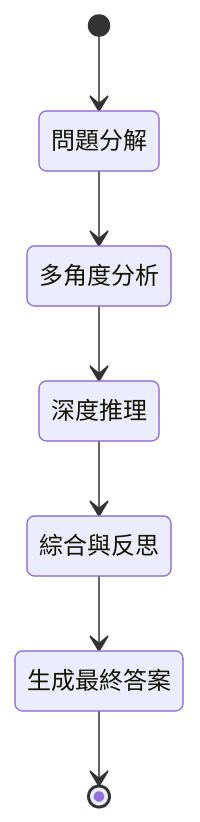
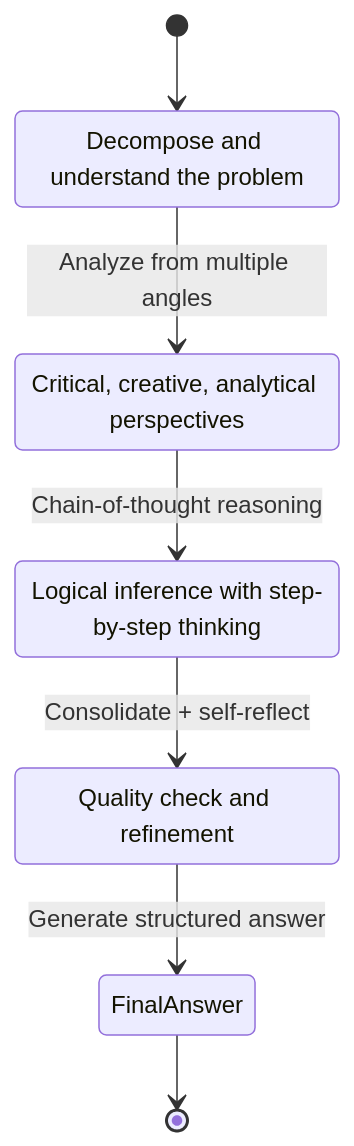
The sixth of 7 diagrams in Architecture_Refactoring_Toolkit/project_docs/11_processing_mode_state_machines.md (Zenobia000/openagent_backend), drawn with Mermaid before and after one commit. The commit also changed other lines of this file and 108 other files, not shown here.

````diff
--- a/Architecture_Refactoring_Toolkit/project_docs/11_processing_mode_state_machines.md
+++ b/Architecture_Refactoring_Toolkit/project_docs/11_processing_mode_state_machines.md
@@ -138,16 +217,18 @@
 ```mermaid
 stateDiagram-v2
     [*] --> ProblemAnalysis
 
-    ProblemAnalysis: 問題分解
-    MultiPerspective: 多角度分析
-    DeepReasoning: 深度推理
-    SynthesisAndReflection: 綜合與反思
-    FinalAnswer: 生成最終答案
+    ProblemAnalysis: Decompose and understand the problem
+    ProblemAnalysis --> MultiPerspective: Analyze from multiple angles
 
-    ProblemAnalysis --> MultiPerspective
-    MultiPerspective --> DeepReasoning
-    DeepReasoning --> SynthesisAndReflection
-    SynthesisAndReflection --> FinalAnswer
+    MultiPerspective: Critical, creative, analytical perspectives
+    MultiPerspective --> DeepReasoning: Chain-of-thought reasoning
+
+    DeepReasoning: Logical inference with step-by-step thinking
+    DeepReasoning --> SynthesisAndReflection: Consolidate + self-reflect
+
+    SynthesisAndReflection: Quality check and refinement
+    SynthesisAndReflection --> FinalAnswer: Generate structured answer
+
     FinalAnswer --> [*]
 ```
````
